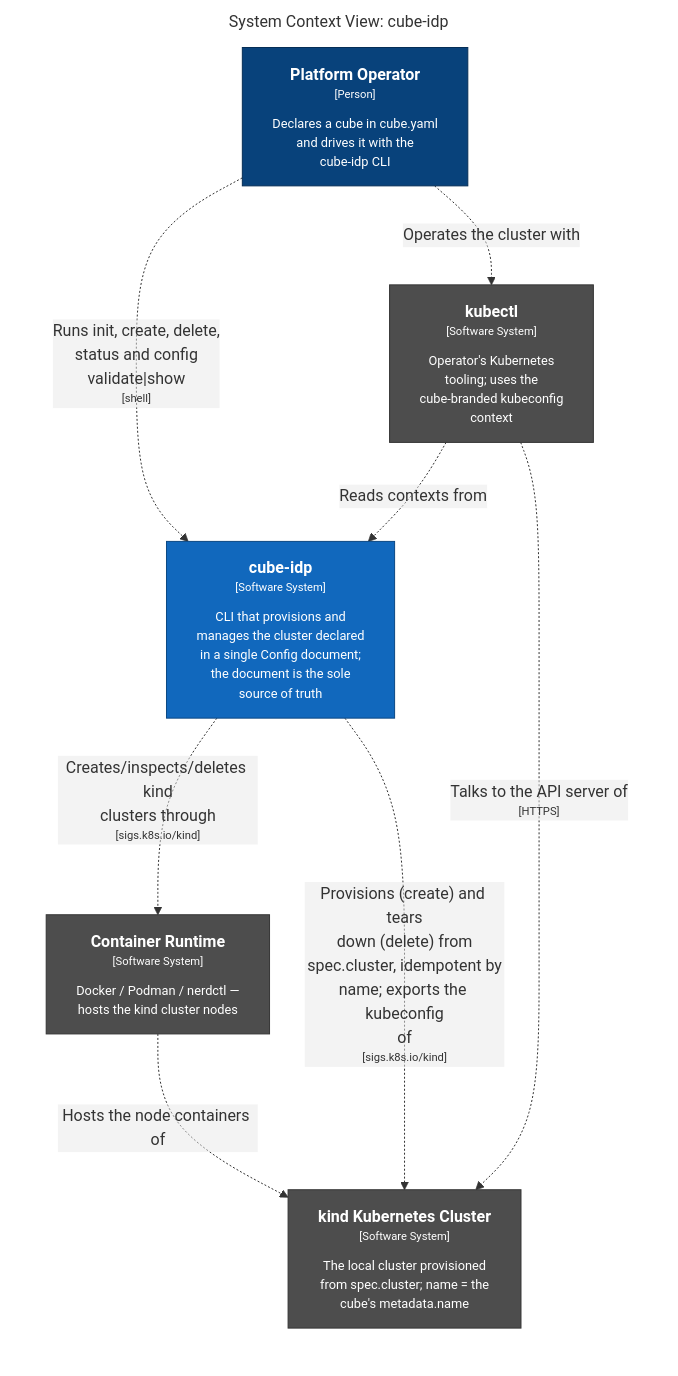
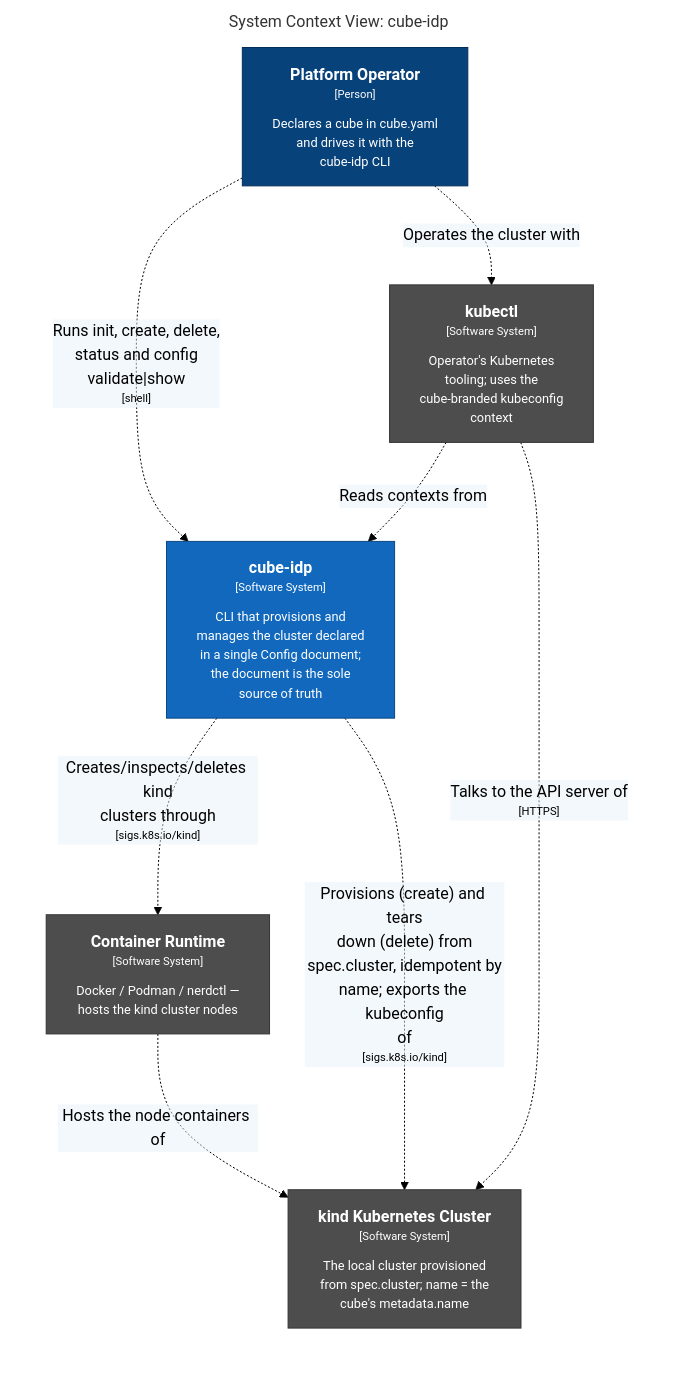
One commit to cube-idp/cube-idp changed the first of 3 diagrams in docs/ARCHITECTURE.md. Above: the diagram before and after it, drawn with Mermaid. The commit also changed other lines of this file and 1 other file, not shown here.

First line of the commit message:
docs(c4): readable mermaid edge labels — black lines/text, light-blue label bg

````diff
--- a/docs/ARCHITECTURE.md
+++ b/docs/ARCHITECTURE.md
@@ -154,28 +154,29 @@
 ```mermaid
+%%{init: {"themeVariables": {"lineColor": "#000000", "textColor": "#000000", "edgeLabelBackground": "#e8f1fa"}}}%%
 graph LR
   linkStyle default fill:#ffffff
 
   subgraph diagram ["System Context View: cube-idp"]
     style diagram fill:#ffffff,stroke:#ffffff
 
     1["<div style='font-weight: bold'>Platform Operator</div><div style='font-size: 70%; margin-top: 0px'>[Person]</div><div style='font-size: 80%; margin-top:10px'>Declares a cube in cube.yaml<br />and drives it with the<br />cube-idp CLI</div>"]
     style 1 fill:#08427b,stroke:#052e56,color:#ffffff
     13["<div style='font-weight: bold'>Container Runtime</div><div style='font-size: 70%; margin-top: 0px'>[Software System]</div><div style='font-size: 80%; margin-top:10px'>Docker / Podman / nerdctl —<br />hosts the kind cluster nodes</div>"]
     style 13 fill:#4d4d4d,stroke:#353535,color:#ffffff
     14["<div style='font-weight: bold'>kind Kubernetes Cluster</div><div style='font-size: 70%; margin-top: 0px'>[Software System]</div><div style='font-size: 80%; margin-top:10px'>The local cluster provisioned<br />from spec.cluster; name = the<br />cube's metadata.name</div>"]
     style 14 fill:#4d4d4d,stroke:#353535,color:#ffffff
     15["<div style='font-weight: bold'>kubectl</div><div style='font-size: 70%; margin-top: 0px'>[Software System]</div><div style='font-size: 80%; margin-top:10px'>Operator's Kubernetes<br />tooling; uses the<br />cube-branded kubeconfig<br />context</div>"]
     style 15 fill:#4d4d4d,stroke:#353535,color:#ffffff
     2["<div style='font-weight: bold'>cube-idp</div><div style='font-size: 70%; margin-top: 0px'>[Software System]</div><div style='font-size: 80%; margin-top:10px'>CLI that provisions and<br />manages the cluster declared<br />in a single Config document;<br />the document is the sole<br />source of truth</div>"]
     style 2 fill:#1168bd,stroke:#0b4884,color:#ffffff
 
     1-. "<div>Runs init, create, delete,<br />status and config<br />validate|show</div><div style='font-size: 70%'>[shell]</div>" .->2
     1-. "<div>Operates the cluster with</div><div style='font-size: 70%'></div>" .->15
     15-. "<div>Reads contexts from</div><div style='font-size: 70%'></div>" .->2
     15-. "<div>Talks to the API server of</div><div style='font-size: 70%'>[HTTPS]</div>" .->14
     13-. "<div>Hosts the node containers of</div><div style='font-size: 70%'></div>" .->14
     2-. "<div>Creates/inspects/deletes kind<br />clusters through</div><div style='font-size: 70%'>[sigs.k8s.io/kind]</div>" .->13
     2-. "<div>Provisions (create) and tears<br />down (delete) from<br />spec.cluster, idempotent by<br />name; exports the kubeconfig<br />of</div><div style='font-size: 70%'>[sigs.k8s.io/kind]</div>" .->14
 
   end
 ```
````
